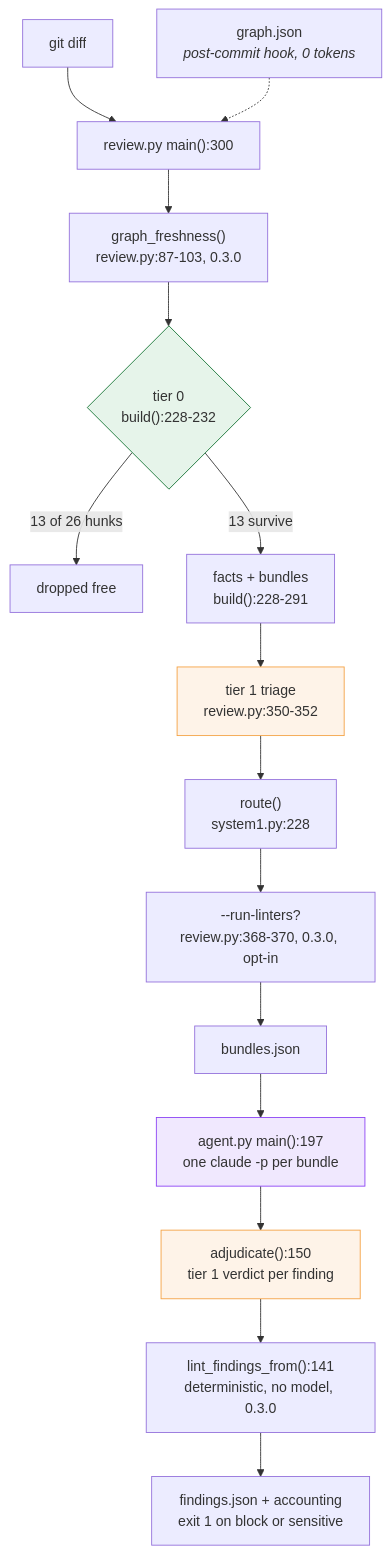
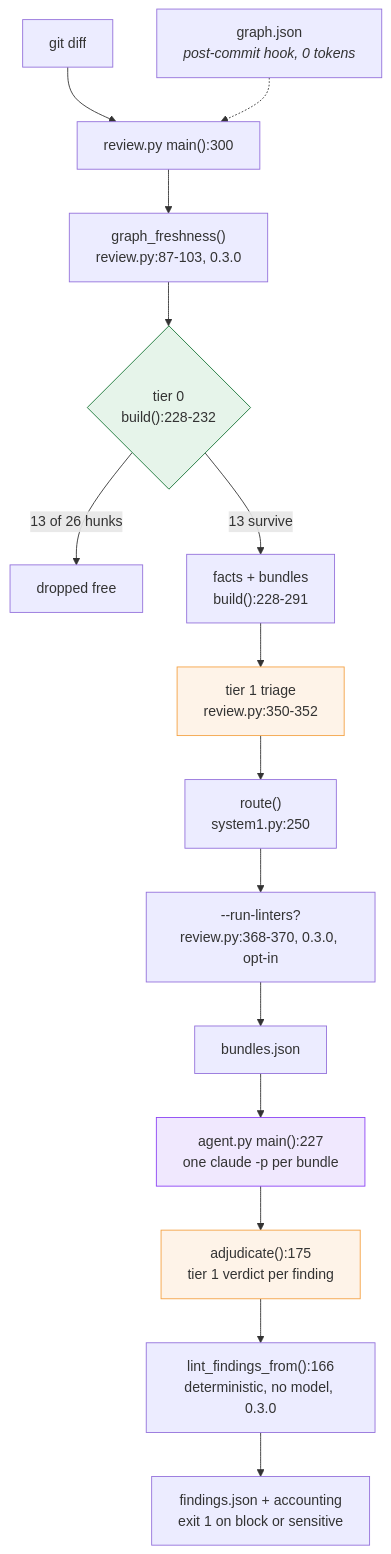
One commit to liem18112000/graph-code-review-agent changed the first of 4 diagrams in docs/call-flow.md. Above: the diagram before and after it, drawn with Mermaid. The commit also changed other lines of this file and 13 other files, not shown here.

````diff
--- a/docs/call-flow.md
+++ b/docs/call-flow.md
@@ -15,25 +15,25 @@
 ```mermaid
 flowchart TD
     D["git diff"] --> RP["review.py main():300"]
     G["graph.json<br/><i>post-commit hook, 0 tokens</i>"] -.-> RP
 
     RP --> FRESH["graph_freshness()<br/>review.py:87-103, 0.3.0"]
     FRESH --> T0{"tier 0<br/>build():228-232"}
     T0 -->|"13 of 26 hunks"| DROP["dropped free"]
     T0 -->|"13 survive"| FACTS["facts + bundles<br/>build():228-291"]
 
     FACTS --> T1["tier 1 triage<br/>review.py:350-352"]
-    T1 --> ROUTE["route()<br/>system1.py:228"]
+    T1 --> ROUTE["route()<br/>system1.py:250"]
     ROUTE --> LINT["--run-linters?<br/>review.py:368-370, 0.3.0, opt-in"]
     LINT --> JSON["bundles.json"]
 
-    JSON --> AG["agent.py main():197<br/>one claude -p per bundle"]
-    AG --> VERD["adjudicate():150<br/>tier 1 verdict per finding"]
-    VERD --> LINTF["lint_findings_from():141<br/>deterministic, no model, 0.3.0"]
+    JSON --> AG["agent.py main():227<br/>one claude -p per bundle"]
+    AG --> VERD["adjudicate():175<br/>tier 1 verdict per finding"]
+    VERD --> LINTF["lint_findings_from():166<br/>deterministic, no model, 0.3.0"]
     LINTF --> OUT["findings.json + accounting<br/>exit 1 on block or sensitive"]
 
     style T0 fill:#e6f4ea,stroke:#137333
     style T1 fill:#fef3e8,stroke:#f4a142
     style VERD fill:#fef3e8,stroke:#f4a142
     style AG fill:#f0e8fe,stroke:#8b42f4
 ```
````
